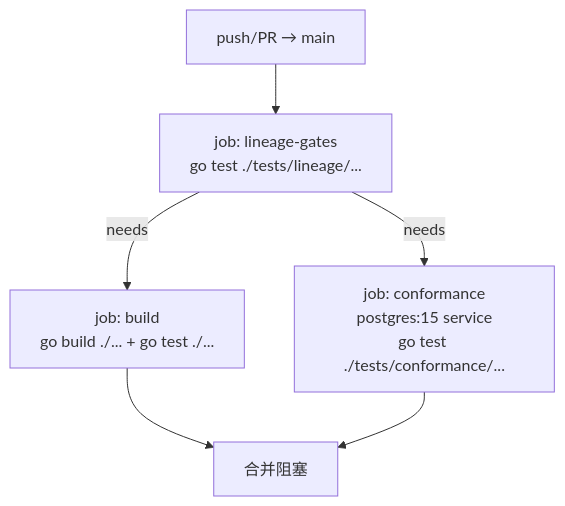
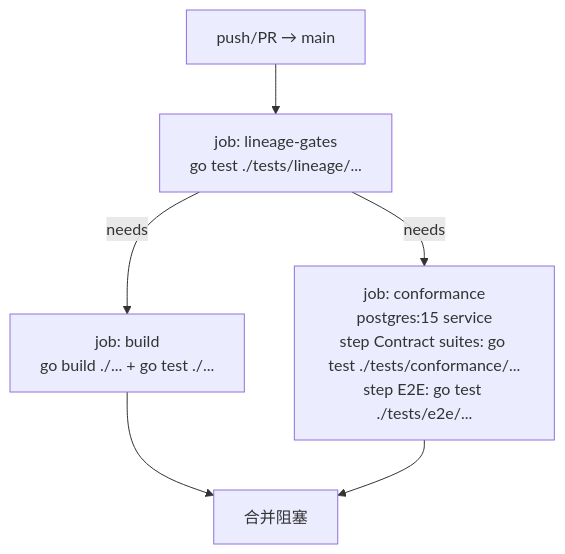
The diagram in docs/deployment-guide.md (gonewx/wicket-pg), drawn with Mermaid before and after one commit. The commit also changed other lines of this file and 11 other files, not shown here.

````diff
--- a/docs/deployment-guide.md
+++ b/docs/deployment-guide.md
@@ -7,8 +7,8 @@
 ```mermaid
 flowchart TD
     A["push/PR → main"] --> B["job: lineage-gates<br/>go test ./tests/lineage/..."]
     B -->|needs| C["job: build<br/>go build ./... + go test ./..."]
-    B -->|needs| D["job: conformance<br/>postgres:15 service<br/>go test ./tests/conformance/..."]
+    B -->|needs| D["job: conformance<br/>postgres:15 service<br/>step Contract suites: go test ./tests/conformance/...<br/>step E2E: go test ./tests/e2e/..."]
     C --> E["合并阻塞"]
     D --> E
 ```
````
